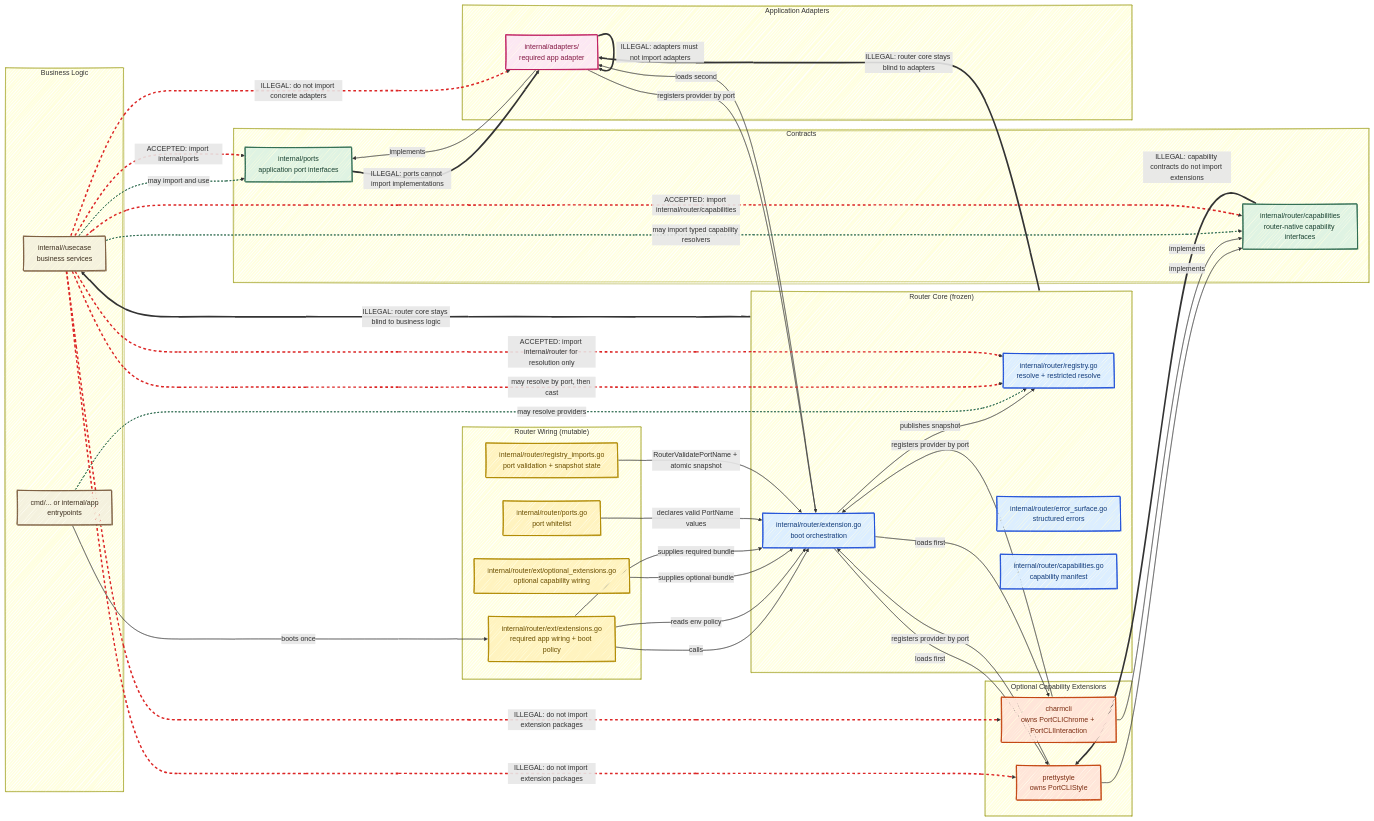
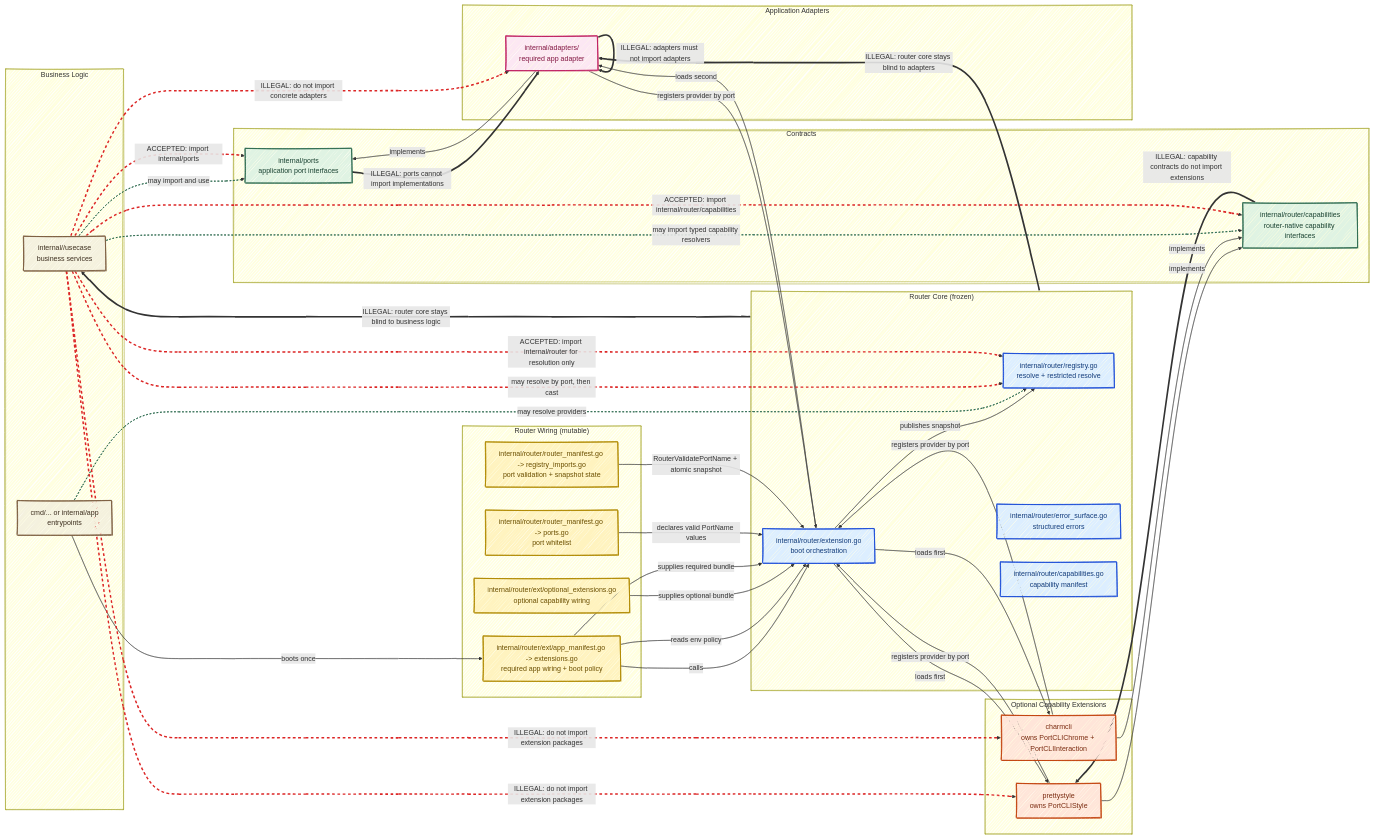
The diagram in README.md (michaelbomholt665/wrlk), drawn with Mermaid before and after one commit. The commit also changed other lines of this file and 21 other files, not shown here.

Commit message:
Refactor router to manifest-backed wiring, replace legacy register paths, and add module sync

```diff
--- a/README.md
+++ b/README.md
@@ -24,10 +24,10 @@
     end
 
     subgraph RouterMutable["Router Wiring (mutable)"]
-        Ports["internal/router/ports.go\nport whitelist"]
-        Imports["internal/router/registry_imports.go\nport validation + snapshot state"]
+        Ports["internal/router/router_manifest.go -> ports.go\nport whitelist"]
+        Imports["internal/router/router_manifest.go -> registry_imports.go\nport validation + snapshot state"]
         OptExt["internal/router/ext/optional_extensions.go\noptional capability wiring"]
-        ReqExt["internal/router/ext/extensions.go\nrequired app wiring + boot policy"]
+        ReqExt["internal/router/ext/app_manifest.go -> extensions.go\nrequired app wiring + boot policy"]
     end
 
     subgraph RouterCore["Router Core (frozen)"]
```
